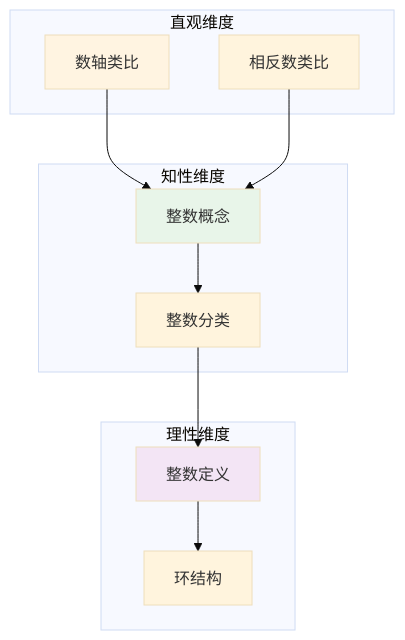
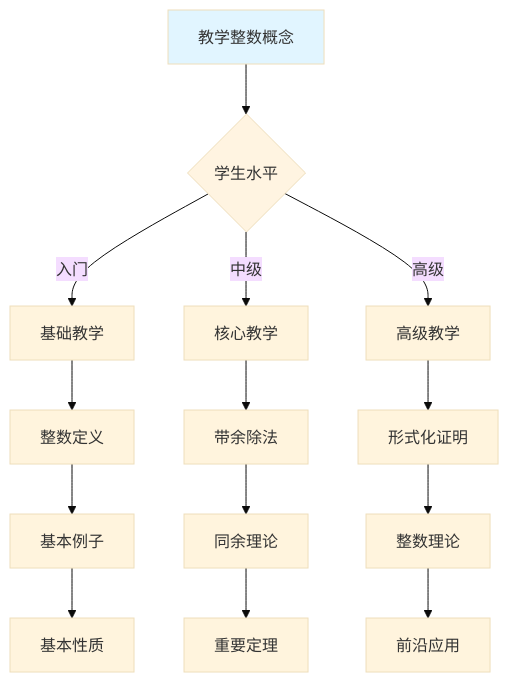
Before and after one commit to AdaMartin18010/FormalMath: the tenth of 10 diagrams in concept/核心概念/04-整数.md, drawn with Mermaid (base theme). The commit also changed other lines of this file and 4793 other files, not shown here.

````diff
--- a/concept/核心概念/04-整数.md
+++ b/concept/核心概念/04-整数.md
@@ -903,27 +2621,22 @@
 ```mermaid
-graph TB
-    subgraph 直观维度
-        A1[数轴类比]
-        A2[相反数类比]
-    end
+graph TD
+    A[教学整数概念] --> B{学生水平}
+    B -->|入门| C[基础教学]
+    B -->|中级| D[核心教学]
+    B -->|高级| E[高级教学]
 
-    subgraph 知性维度
-        B1[整数概念]
-        B2[整数分类]
-    end
+    C --> C1[整数定义]
+    C1 --> C2[基本例子]
+    C2 --> C3[基本性质]
 
-    subgraph 理性维度
-        C1[整数定义]
-        C2[环结构]
-    end
+    D --> D1[带余除法]
+    D1 --> D2[同余理论]
+    D2 --> D3[重要定理]
 
-    A1 --> B1
-    A2 --> B1
-    B1 --> B2
-    B2 --> C1
-    C1 --> C2
+    E --> E1[形式化证明]
+    E1 --> E2[整数理论]
+    E2 --> E3[前沿应用]
 
-    style A1 fill:#fff4e1
-    style B1 fill:#e8f5e9
-    style C1 fill:#f3e5f5
+    style A fill:#e1f5ff
+    style B fill:#fff4e1
 ```
````
